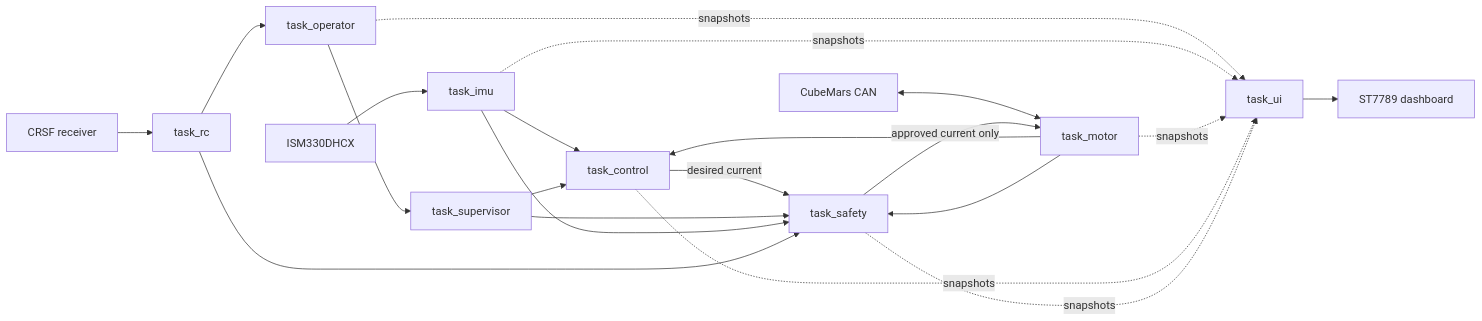
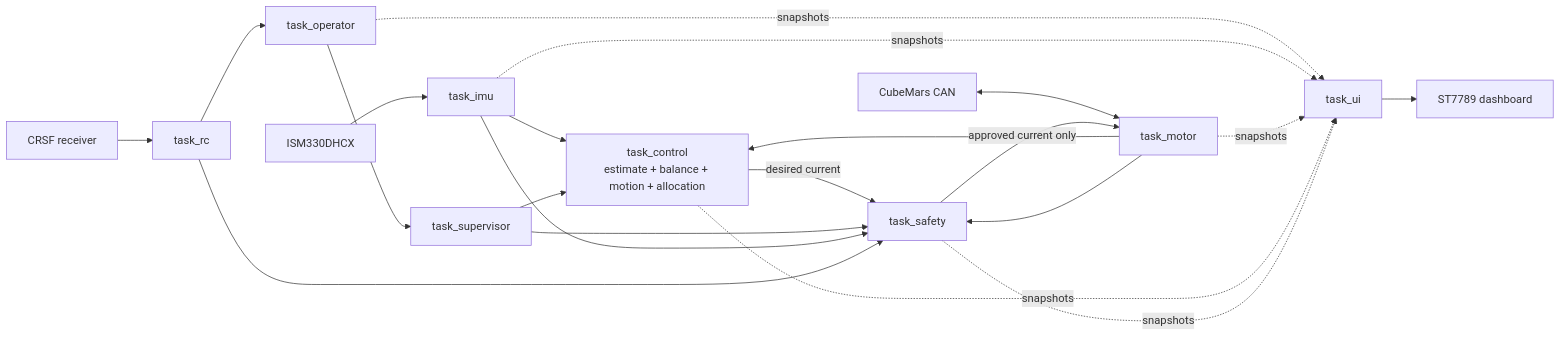
One commit to ahkar-kyaw/e_me599_Hermes changed the first of 2 diagrams in 04_firmware/README.md. Above: the diagram before and after it, drawn with Mermaid. The commit also changed other lines of this file and 28 other files, not shown here.

````diff
--- a/04_firmware/README.md
+++ b/04_firmware/README.md
@@ -9,26 +9,26 @@
 ```mermaid
 flowchart LR
     RC[CRSF receiver] --> TR[task_rc]
     TR --> TO[task_operator]
     TO --> TS[task_supervisor]
 
     IMU[ISM330DHCX] --> TI[task_imu]
     CAN[CubeMars CAN] <--> TM[task_motor]
-    TI --> TC[task_control]
+    TI --> TC[task_control<br/>estimate + balance + motion + allocation]
     TM --> TC
     TS --> TC
 
     TC -->|desired current| SAFE[task_safety]
     TS --> SAFE
     TI --> SAFE
     TR --> SAFE
     TM --> SAFE
     SAFE -->|approved current only| TM
 
     TO -. snapshots .-> UI[task_ui]
     TI -. snapshots .-> UI
     TM -. snapshots .-> UI
     TC -. snapshots .-> UI
     SAFE -. snapshots .-> UI
     UI --> LCD[ST7789 dashboard]
 ```
````
